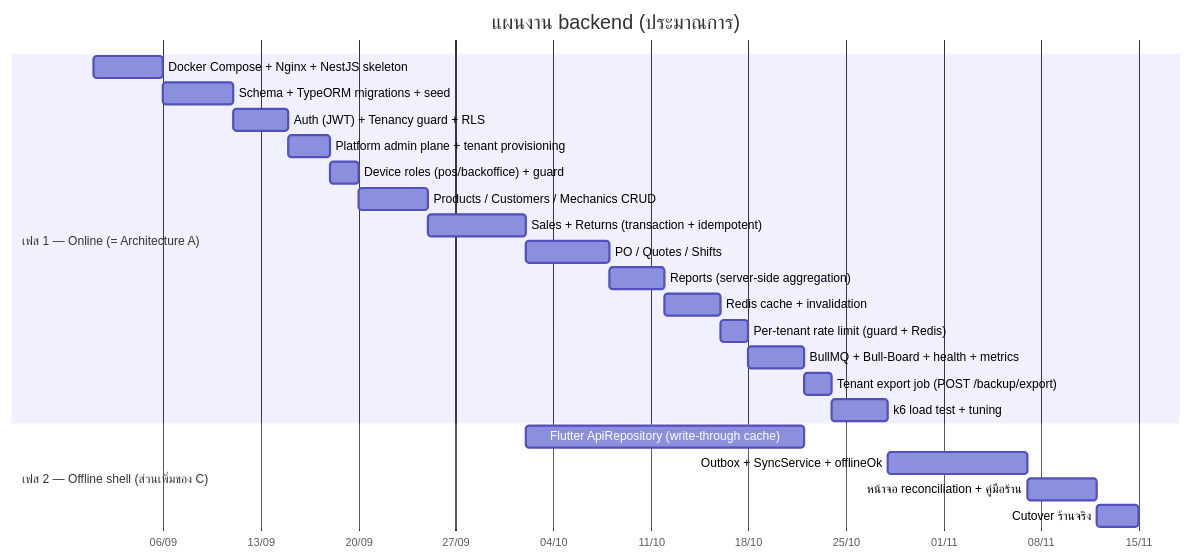
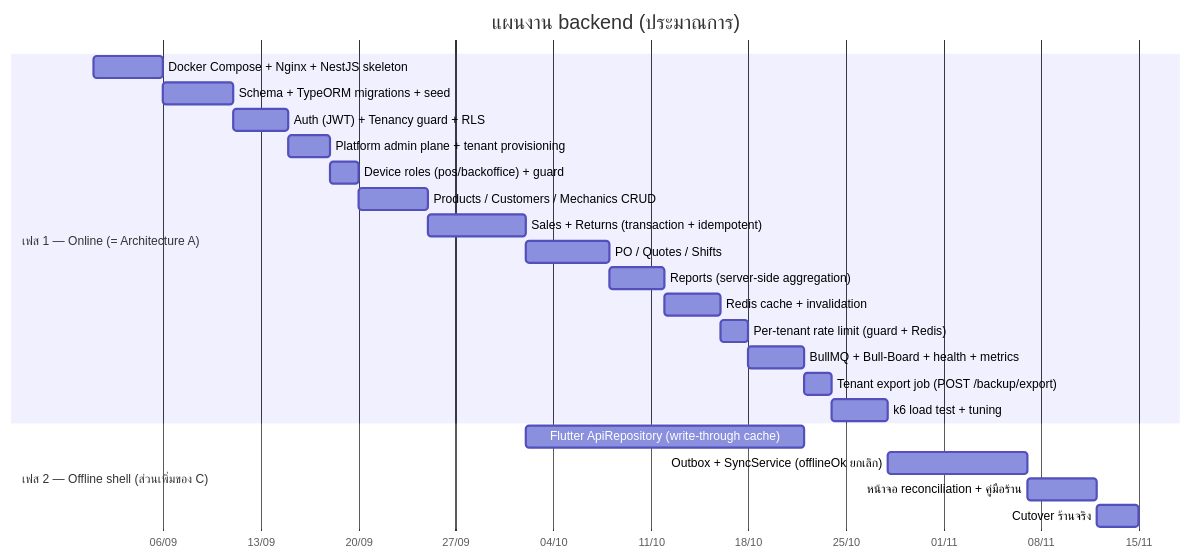
Before and after one commit to NuimanLP/srisurart-pos-flutter: the seventh of 7 diagrams in docs/Backend_design/03_ARCHITECTURE.md, drawn with Mermaid. The commit also changed other lines of this file and 15 other files, not shown here.

````diff
--- a/docs/Backend_design/03_ARCHITECTURE.md
+++ b/docs/Backend_design/03_ARCHITECTURE.md
@@ -456,26 +487,26 @@
 ```mermaid
 gantt
     title แผนงาน backend (ประมาณการ)
     dateFormat YYYY-MM-DD
     axisFormat %d/%m
     section เฟส 1 — Online (= Architecture A)
     Docker Compose + Nginx + NestJS skeleton   :p1, 2026-09-01, 5d
     Schema + TypeORM migrations + seed         :p2, after p1, 5d
     Auth (JWT) + Tenancy guard + RLS           :p3, after p2, 4d
     Platform admin plane + tenant provisioning :p3b, after p3, 3d
     Device roles (pos/backoffice) + guard      :p3c, after p3b, 2d
     Products / Customers / Mechanics CRUD      :p4, after p3c, 5d
     Sales + Returns (transaction + idempotent) :p5, after p4, 7d
     PO / Quotes / Shifts                       :p6, after p5, 6d
     Reports (server-side aggregation)          :p7, after p6, 4d
     Redis cache + invalidation                 :p8, after p7, 4d
     Per-tenant rate limit (guard + Redis)      :p8b, after p8, 2d
     BullMQ + Bull-Board + health + metrics     :p9, after p8b, 4d
     Tenant export job (POST /backup/export)    :p9b, after p9, 2d
     k6 load test + tuning                      :p10, after p9b, 4d
     section เฟส 2 — Offline shell (ส่วนเพิ่มของ C)
     Flutter ApiRepository (write-through cache) :q1, after p5, 20d
-    Outbox + SyncService + offlineOk           :q2, after p10, 10d
+    Outbox + SyncService (offlineOk ยกเลิก)    :q2, after p10, 10d
     หน้าจอ reconciliation + คู่มือร้าน          :q3, after q2, 5d
     Cutover ร้านจริง                            :q4, after q3, 3d
 ```
````
